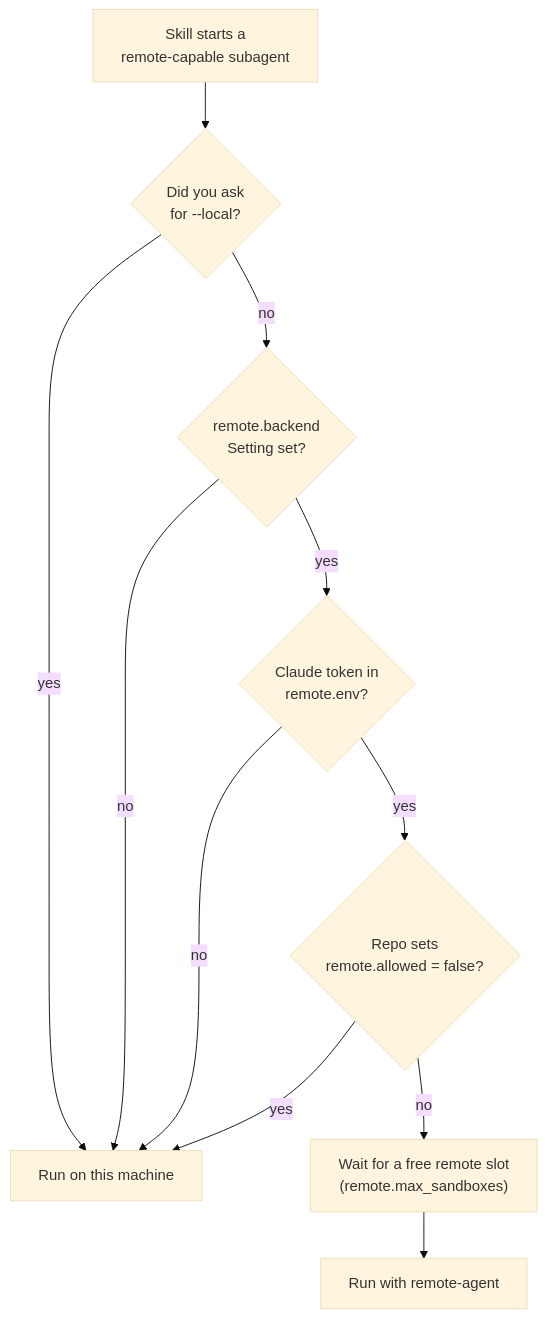
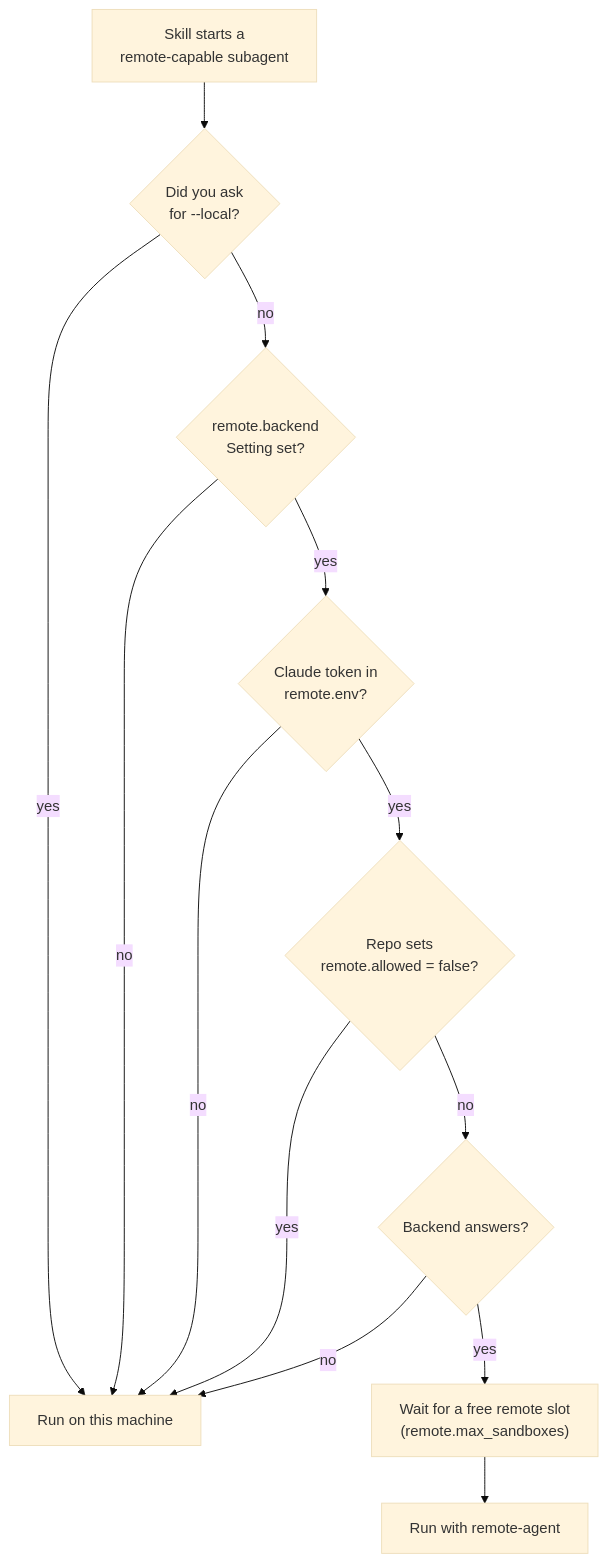
One commit to rpvsilva/dotagents changed the first of 4 diagrams in docs/remote.md. Above: the diagram before and after it, drawn with Mermaid (base theme). The commit also changed 19 other files, not shown here.

````diff
--- a/docs/remote.md
+++ b/docs/remote.md
@@ -17,13 +17,15 @@
 ```mermaid
 flowchart TD
   start["Skill starts a<br/>remote-capable subagent"] --> local{"Did you ask<br/>for --local?"}
   local -- yes --> here["Run on this machine"]
   local -- no --> backend{"remote.backend<br/>Setting set?"}
   backend -- no --> here
   backend -- yes --> token{"Claude token in<br/>remote.env?"}
   token -- no --> here
   token -- yes --> allowed{"Repo sets<br/>remote.allowed = false?"}
   allowed -- yes --> here
-  allowed -- no --> slot["Wait for a free remote slot<br/>(remote.max_sandboxes)"]
+  allowed -- no --> ping{"Backend answers?"}
+  ping -- no --> here
+  ping -- yes --> slot["Wait for a free remote slot<br/>(remote.max_sandboxes)"]
   slot --> remote["Run with remote-agent"]
 ```
````
